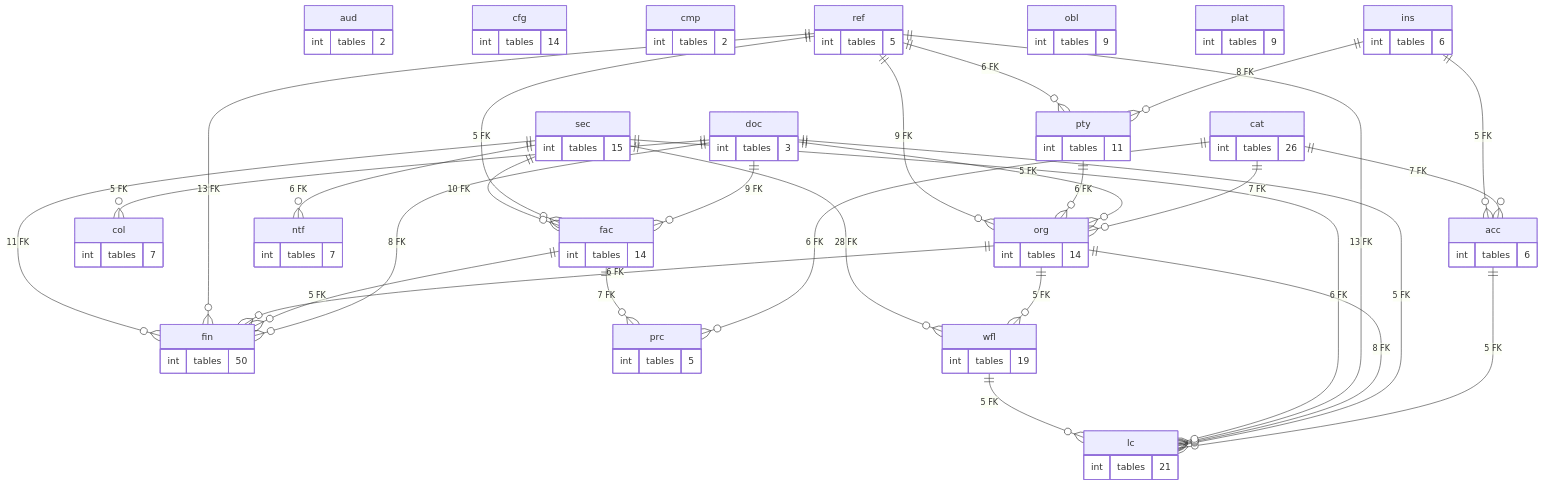
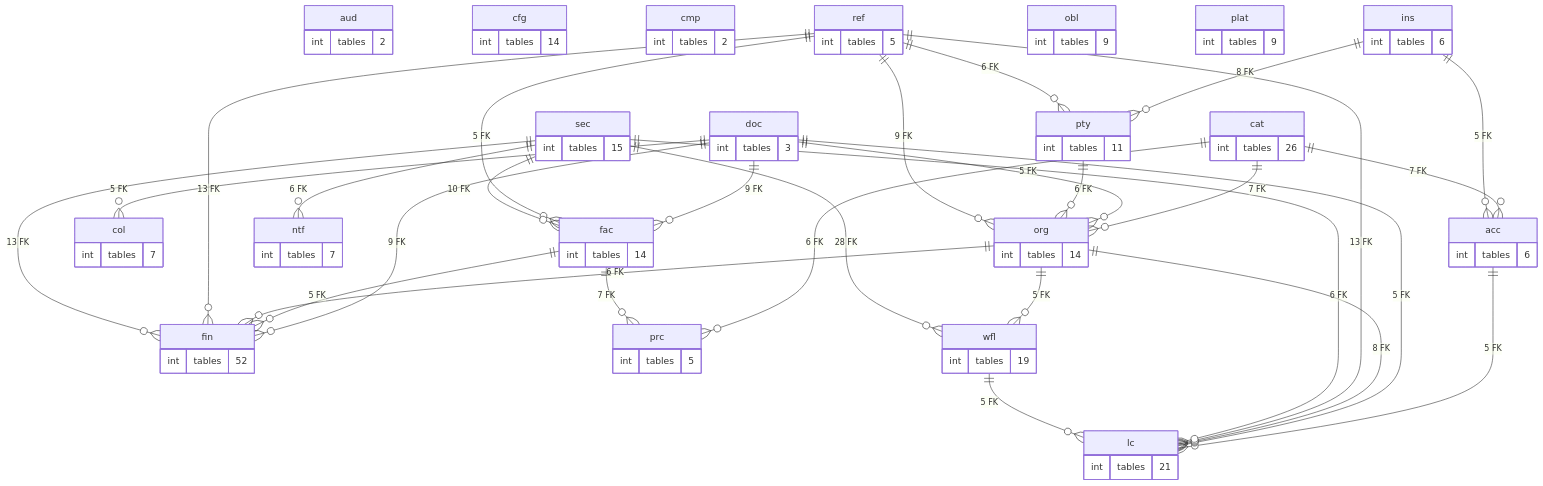
Before and after one commit to thawrasy/smartlines: the diagram in treasury-platform/docs/diagrams/erd/schema_map.mmd, drawn with Mermaid. The commit also changed 126 other files, not shown here.

```diff
--- a/treasury-platform/docs/diagrams/erd/schema_map.mmd
+++ b/treasury-platform/docs/diagrams/erd/schema_map.mmd
@@ -1,90 +1,90 @@
 %% خريطة المخططات: العلاقة = عدد المفاتيح الأجنبية بين المخططين (≥ 5)
 erDiagram
   acc {
     int tables "6"
   }
   aud {
     int tables "2"
   }
   cat {
     int tables "26"
   }
   cfg {
     int tables "14"
   }
   cmp {
     int tables "2"
   }
   col {
     int tables "7"
   }
   doc {
     int tables "3"
   }
   fac {
     int tables "14"
   }
   fin {
-    int tables "50"
+    int tables "52"
   }
   ins {
     int tables "6"
   }
   lc {
     int tables "21"
   }
   ntf {
     int tables "7"
   }
   obl {
     int tables "9"
   }
   org {
     int tables "14"
   }
   plat {
     int tables "9"
   }
   prc {
     int tables "5"
   }
   pty {
     int tables "11"
   }
   ref {
     int tables "5"
   }
   sec {
     int tables "15"
   }
   wfl {
     int tables "19"
   }
   acc ||--o{ lc : "5 FK"
   cat ||--o{ acc : "7 FK"
   cat ||--o{ org : "7 FK"
   cat ||--o{ prc : "6 FK"
   doc ||--o{ col : "5 FK"
   doc ||--o{ fac : "9 FK"
-  doc ||--o{ fin : "8 FK"
+  doc ||--o{ fin : "9 FK"
   doc ||--o{ lc : "5 FK"
   doc ||--o{ org : "5 FK"
   fac ||--o{ fin : "5 FK"
   fac ||--o{ prc : "7 FK"
   ins ||--o{ acc : "5 FK"
   ins ||--o{ pty : "8 FK"
   org ||--o{ fin : "6 FK"
   org ||--o{ lc : "8 FK"
   org ||--o{ wfl : "5 FK"
   pty ||--o{ org : "6 FK"
   ref ||--o{ fac : "5 FK"
   ref ||--o{ fin : "13 FK"
   ref ||--o{ lc : "13 FK"
   ref ||--o{ org : "9 FK"
   ref ||--o{ pty : "6 FK"
   sec ||--o{ fac : "10 FK"
-  sec ||--o{ fin : "11 FK"
+  sec ||--o{ fin : "13 FK"
   sec ||--o{ lc : "6 FK"
   sec ||--o{ ntf : "6 FK"
   sec ||--o{ wfl : "28 FK"
   wfl ||--o{ lc : "5 FK"
```
